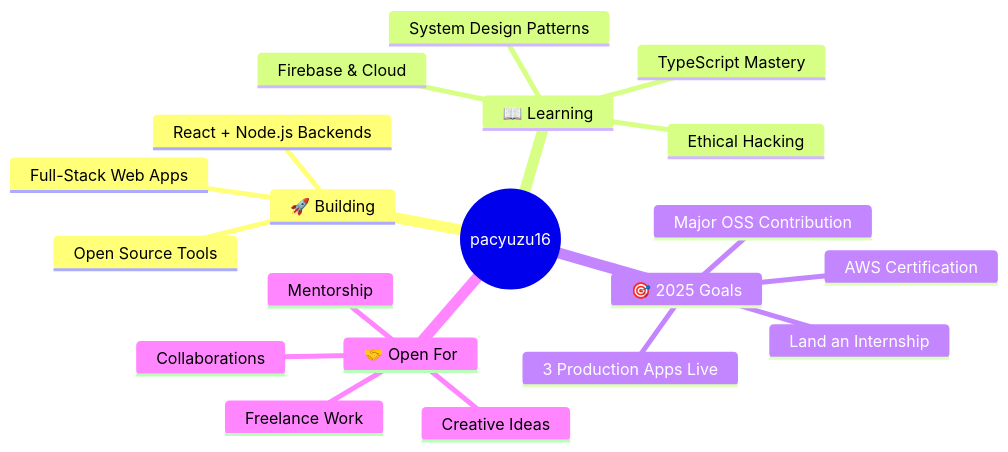
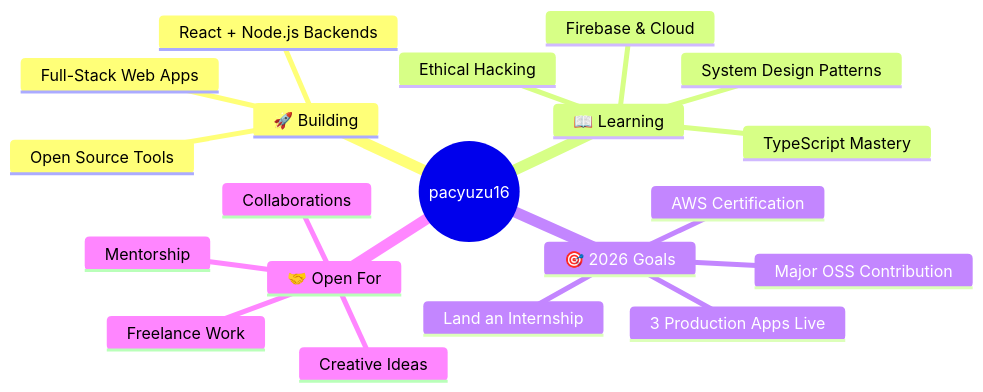
The diagram in README.md (pacyuzu16/pacyuzu16), drawn with Mermaid before and after one commit. The commit also changed other lines of this file, not shown here.

````diff
--- a/README.md
+++ b/README.md
@@ -95,23 +95,23 @@
 ```mermaid
 mindmap
   root((pacyuzu16))
     🚀 Building
       Full-Stack Web Apps
       React + Node.js Backends
       Open Source Tools
     📖 Learning
       Firebase & Cloud
       System Design Patterns
       TypeScript Mastery
       Ethical Hacking
-    🎯 2025 Goals
+    🎯 2026 Goals
       Land an Internship
       3 Production Apps Live
       AWS Certification
       Major OSS Contribution
     🤝 Open For
       Collaborations
       Freelance Work
       Mentorship
       Creative Ideas
 ```
````
